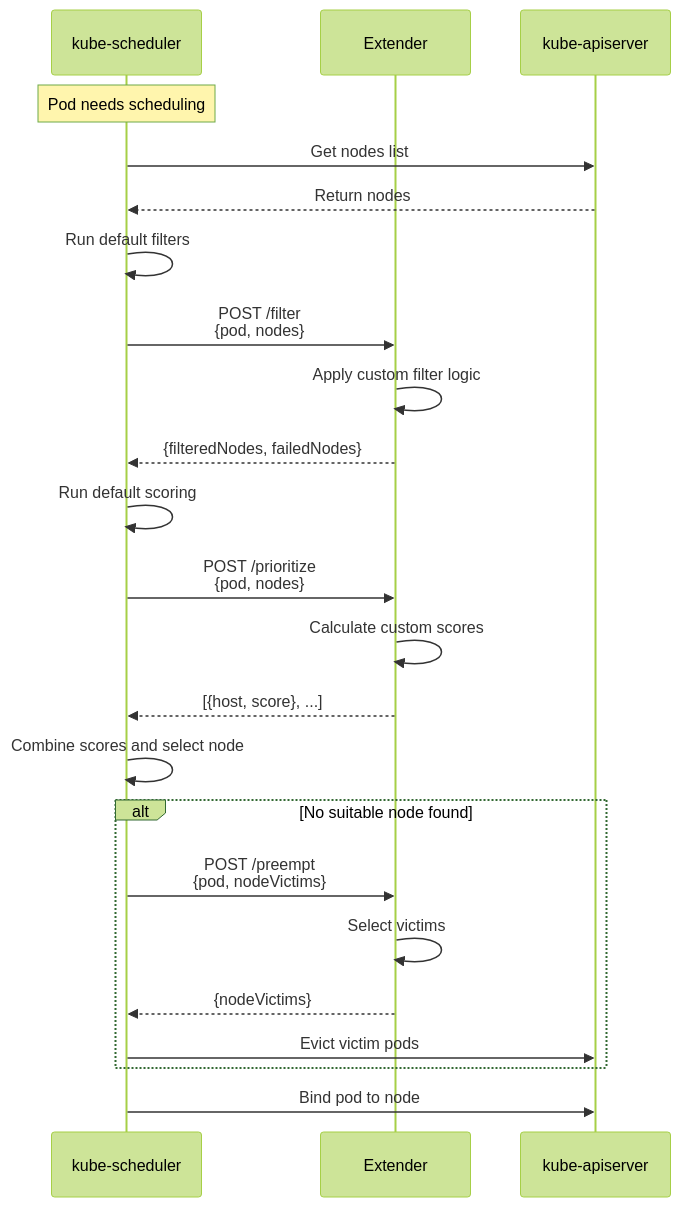
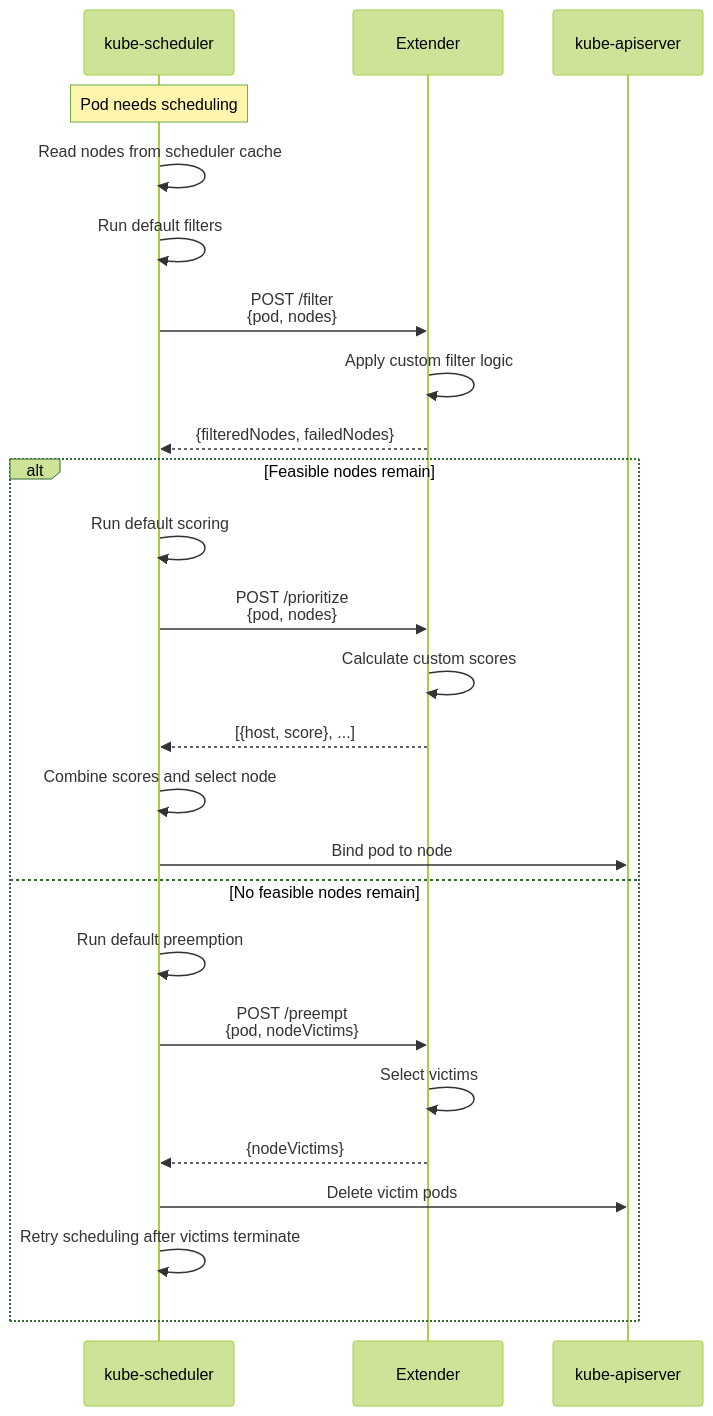
Before and after one commit to OneUptime/blog: the third of 3 diagrams in posts/2026-01-30-kubernetes-scheduler-extenders/README.md, drawn with Mermaid (forest theme). The commit also changed other lines of this file and 2 other files, not shown here.

Commit message:
validate: 2026-01-30-kubernetes-scheduler-extenders

````diff
--- a/posts/2026-01-30-kubernetes-scheduler-extenders/README.md
+++ b/posts/2026-01-30-kubernetes-scheduler-extenders/README.md
@@ -510,33 +511,33 @@
 ```mermaid
 sequenceDiagram
     participant S as kube-scheduler
     participant E as Extender
     participant A as kube-apiserver
 
     Note over S: Pod needs scheduling
-    S->>A: Get nodes list
-    A-->>S: Return nodes
+    S->>S: Read nodes from scheduler cache
 
     S->>S: Run default filters
 
     S->>E: POST /filter<br/>{pod, nodes}
     E->>E: Apply custom filter logic
     E-->>S: {filteredNodes, failedNodes}
 
-    S->>S: Run default scoring
+    alt Feasible nodes remain
+        S->>S: Run default scoring
 
-    S->>E: POST /prioritize<br/>{pod, nodes}
-    E->>E: Calculate custom scores
-    E-->>S: [{host, score}, ...]
+        S->>E: POST /prioritize<br/>{pod, nodes}
+        E->>E: Calculate custom scores
+        E-->>S: [{host, score}, ...]
 
-    S->>S: Combine scores and select node
-
-    alt No suitable node found
+        S->>S: Combine scores and select node
+        S->>A: Bind pod to node
+    else No feasible nodes remain
+        S->>S: Run default preemption
         S->>E: POST /preempt<br/>{pod, nodeVictims}
         E->>E: Select victims
         E-->>S: {nodeVictims}
-        S->>A: Evict victim pods
+        S->>A: Delete victim pods
+        S->>S: Retry scheduling after victims terminate
     end
-
-    S->>A: Bind pod to node
 ```
````
